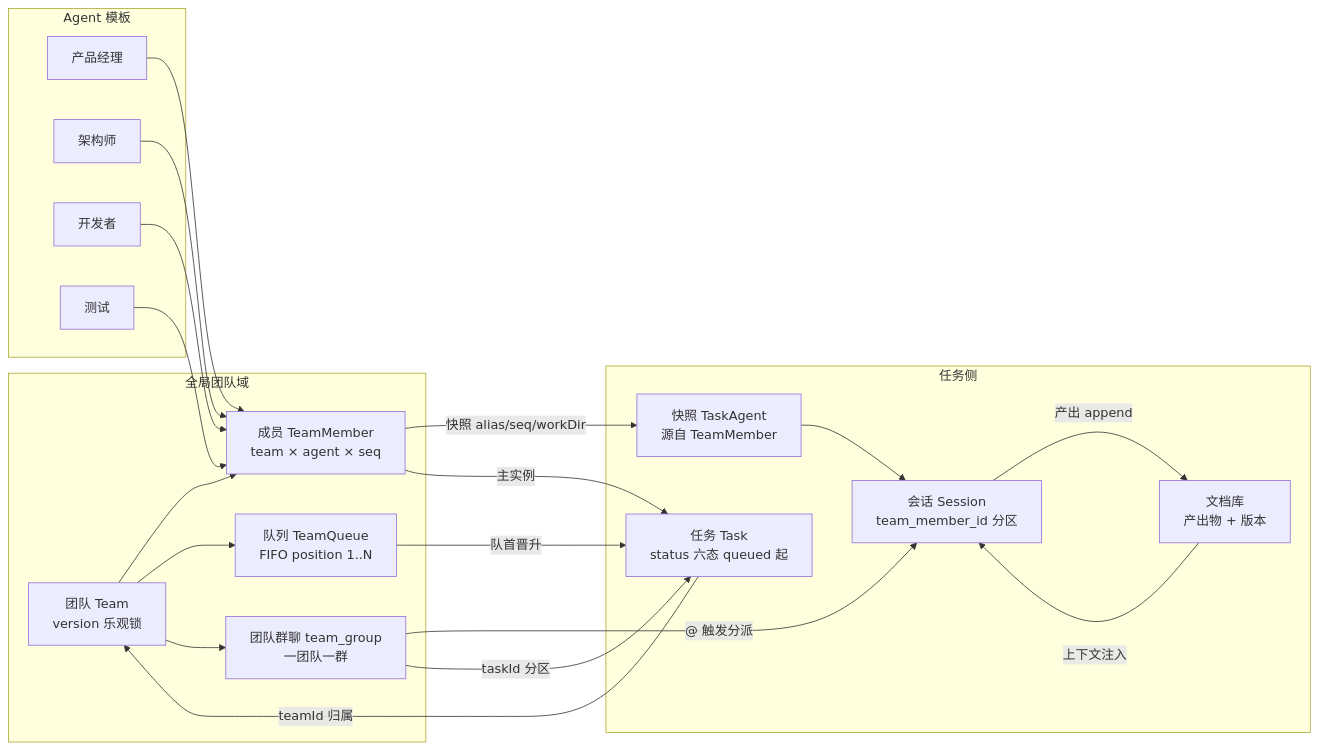
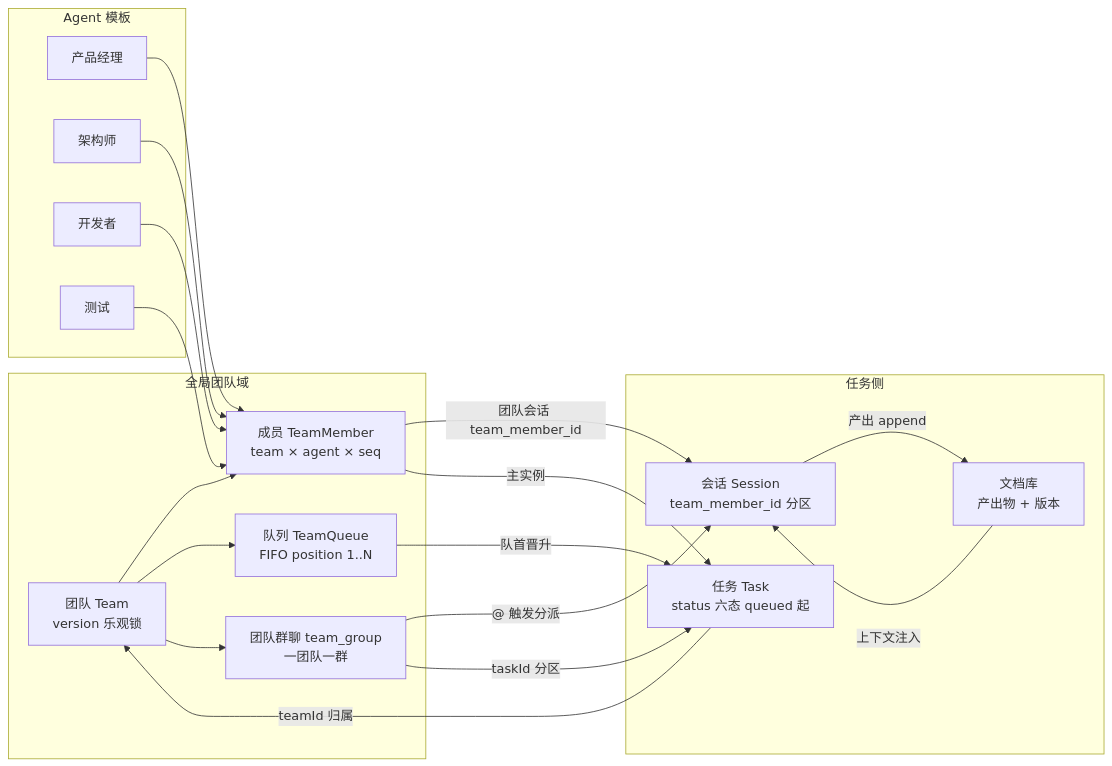
Before and after one commit to guolong123/vteam: the first of 2 diagrams in docs/agent-platform/14-Agent配置与虚拟团队模型.md, drawn with Mermaid. The commit also changed other lines of this file and 32 other files, not shown here.

````diff
--- a/docs/agent-platform/14-Agent配置与虚拟团队模型.md
+++ b/docs/agent-platform/14-Agent配置与虚拟团队模型.md
@@ -234,37 +234,35 @@
 ```mermaid
 flowchart LR
     subgraph 全局团队域
         TEAM[团队 Team<br/>version 乐观锁]
         TM[成员 TeamMember<br/>team × agent × seq]
         TQ[队列 TeamQueue<br/>FIFO position 1..N]
         CH[团队群聊 team_group<br/>一团队一群]
     end
     subgraph 任务侧
         T[任务 Task<br/>status 六态 queued 起]
-        TA[快照 TaskAgent<br/>源自 TeamMember]
         DL[文档库<br/>产出物 + 版本]
         SESS[会话 Session<br/>team_member_id 分区]
     end
     subgraph Agent 模板
         A1[产品经理]
         A2[架构师]
         A3[开发者]
         A4[测试]
     end
     TEAM --> TM
     TEAM --> TQ
     TEAM --> CH
     A1 --> TM
     A2 --> TM
     A3 --> TM
     A4 --> TM
     T -- teamId 归属 --> TEAM
     TQ -- 队首晋升 --> T
-    TM -- 快照 alias/seq/workDir --> TA
-    TA --> SESS
+    TM -- 团队会话 team_member_id --> SESS
     CH -- @ 触发分派 --> SESS
     DL -- 上下文注入 --> SESS
     SESS -- 产出 append --> DL
     CH -- taskId 分区 --> T
     TM -- 主实例 --> T
 ```
````
